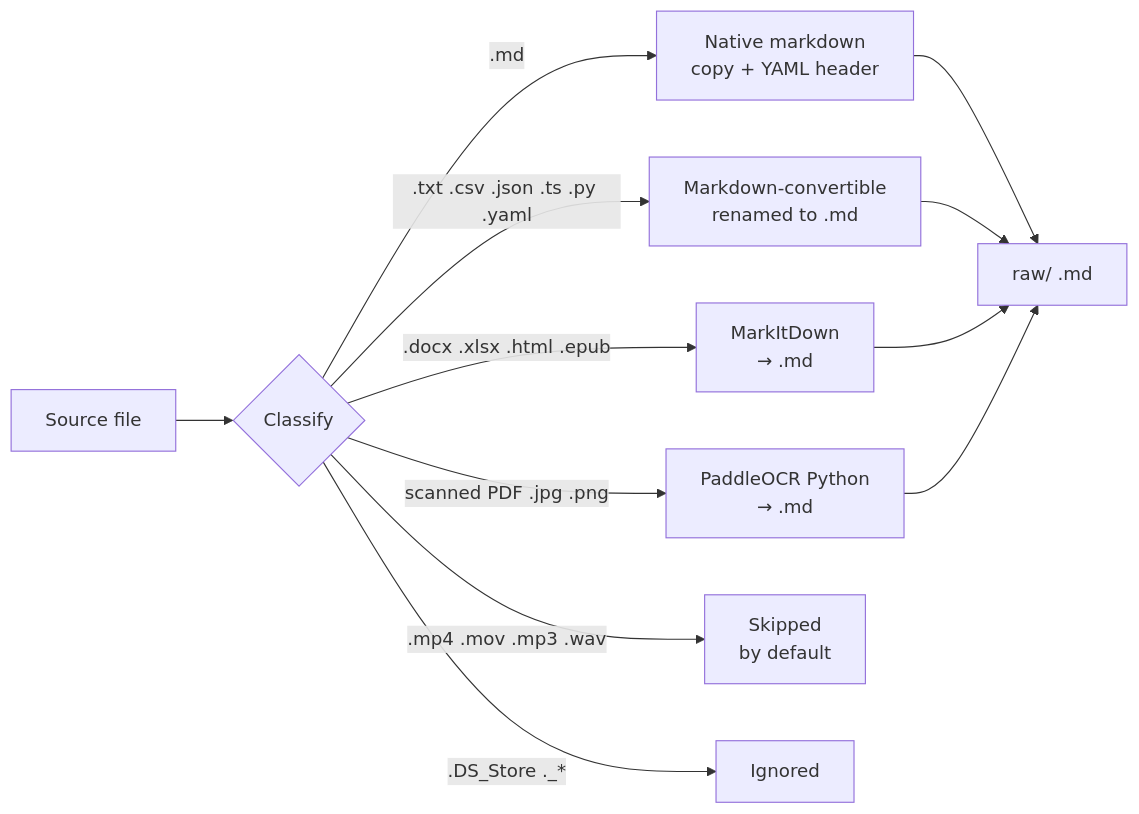
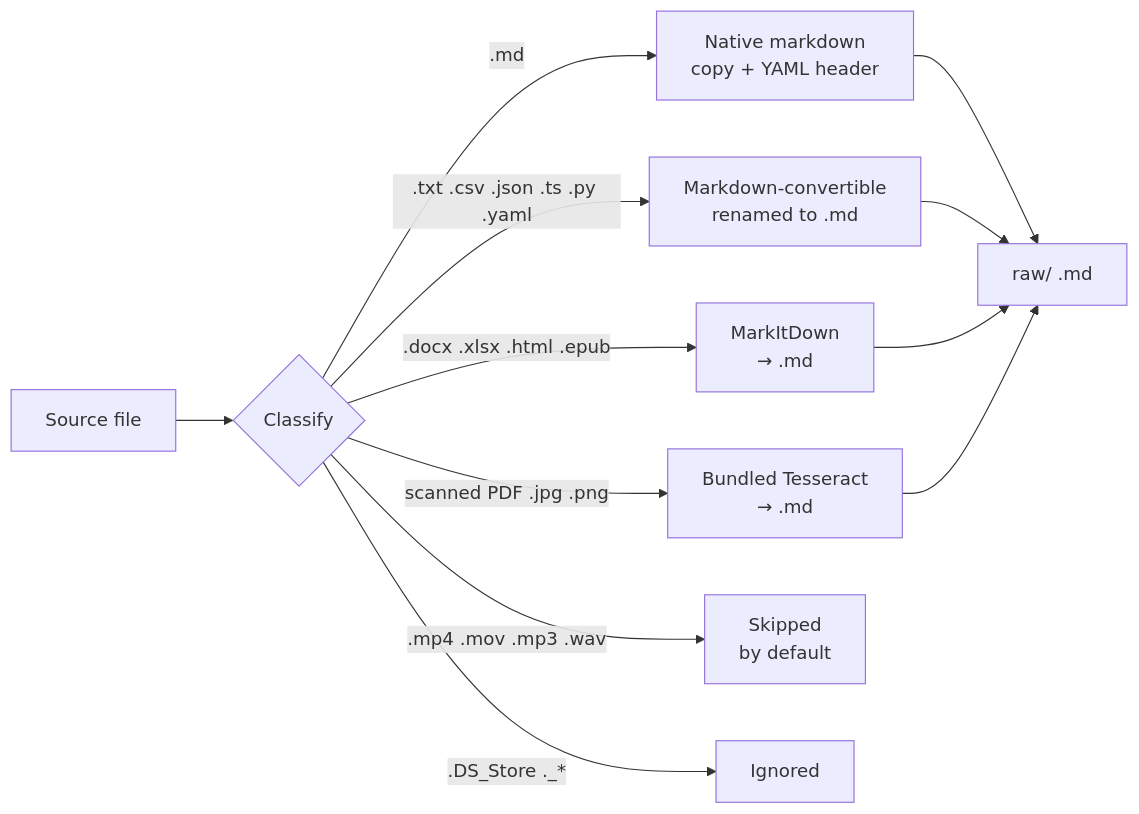
Before and after one commit to medialab/spinosa: the seventh of 9 diagrams in workspace-template/docs/diagrams.md, drawn with Mermaid. The commit also changed other lines of this file and 87 other files, not shown here.

````diff
--- a/workspace-template/docs/diagrams.md
+++ b/workspace-template/docs/diagrams.md
@@ -245,12 +245,12 @@
 ```mermaid
 flowchart LR
     SRC[Source file] --> CLASS{Classify}
     CLASS -->|.md| NATIVE[Native markdown\ncopy + YAML header]
     CLASS -->|.txt .csv .json .ts .py .yaml| MD_CONV[Markdown-convertible\nrenamed to .md]
     CLASS -->|.docx .xlsx .html .epub| MKD2[MarkItDown\n→ .md]
-    CLASS -->|scanned PDF .jpg .png| OCR2[PaddleOCR Python\n→ .md]
+    CLASS -->|scanned PDF .jpg .png| OCR2[Bundled Tesseract\n→ .md]
     CLASS -->|.mp4 .mov .mp3 .wav| SKIP2[Skipped\nby default]
     CLASS -->|.DS_Store ._*| IGNORE[Ignored]
 
     NATIVE & MD_CONV & MKD2 & OCR2 --> RAW3[raw/ .md]
 ```
````
